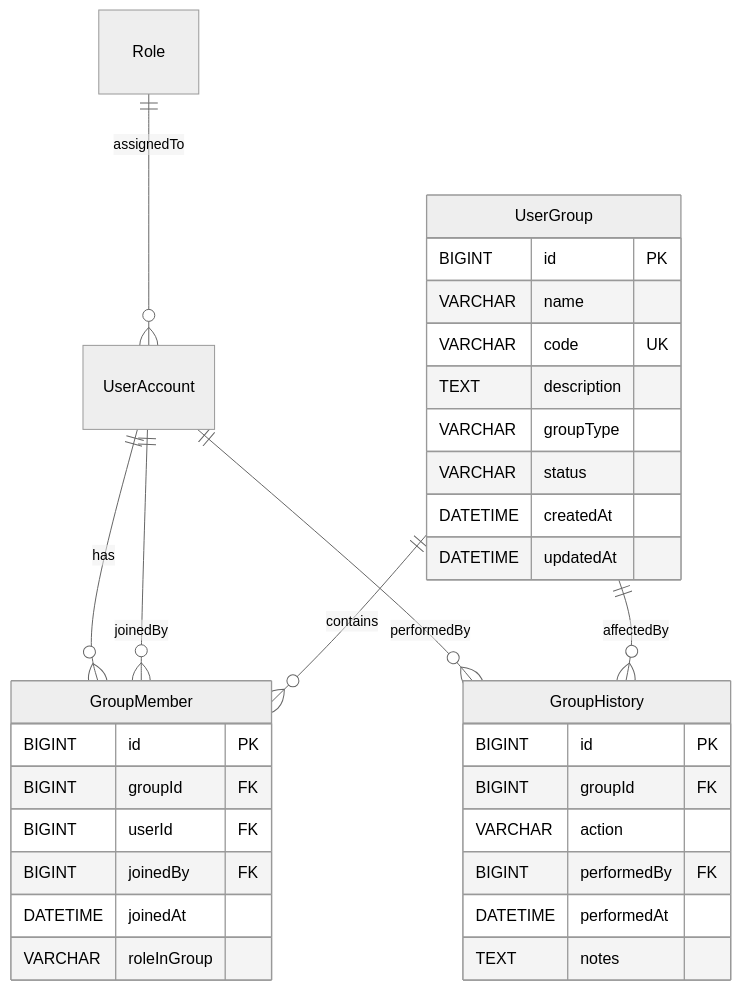
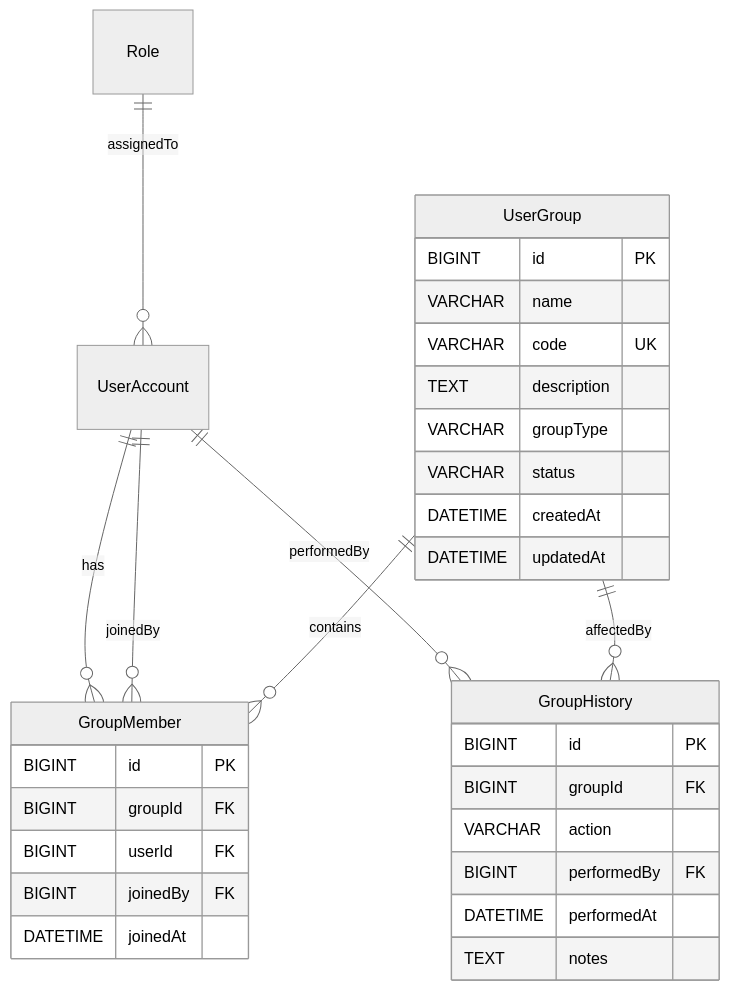
The second of 2 diagrams in docs/modules/M-001-quan-tri-he-thong/_features/F-002-quan-ly-nhom-nguoi-dung/sa/00-lean-architecture.md (trangg21-bit/hang-hai-kchtgt), drawn with Mermaid (neutral theme) before and after one commit. The commit also changed other lines of this file and 31 other files, not shown here.

````diff
--- a/docs/modules/M-001-quan-tri-he-thong/_features/F-002-quan-ly-nhom-nguoi-dung/sa/00-lean-architecture.md
+++ b/docs/modules/M-001-quan-tri-he-thong/_features/F-002-quan-ly-nhom-nguoi-dung/sa/00-lean-architecture.md
@@ -105,38 +105,37 @@
 ```mermaid
 erDiagram
     UserAccount ||--o{ GroupMember : "has"
     UserAccount ||--o{ GroupMember : "joinedBy"
     UserAccount ||--o{ GroupHistory : "performedBy"
     UserGroup ||--o{ GroupMember : "contains"
     UserGroup ||--o{ GroupHistory : "affectedBy"
     Role ||--o{ UserAccount : "assignedTo"
 
     UserGroup {
         BIGINT id PK
         VARCHAR name
         VARCHAR code UK
         TEXT description
         VARCHAR groupType
         VARCHAR status
         DATETIME createdAt
         DATETIME updatedAt
     }
 
     GroupMember {
         BIGINT id PK
         BIGINT groupId FK
         BIGINT userId FK
         BIGINT joinedBy FK
         DATETIME joinedAt
-        VARCHAR roleInGroup
     }
 
     GroupHistory {
         BIGINT id PK
         BIGINT groupId FK
         VARCHAR action
         BIGINT performedBy FK
         DATETIME performedAt
         TEXT notes
     }
 ```
````
